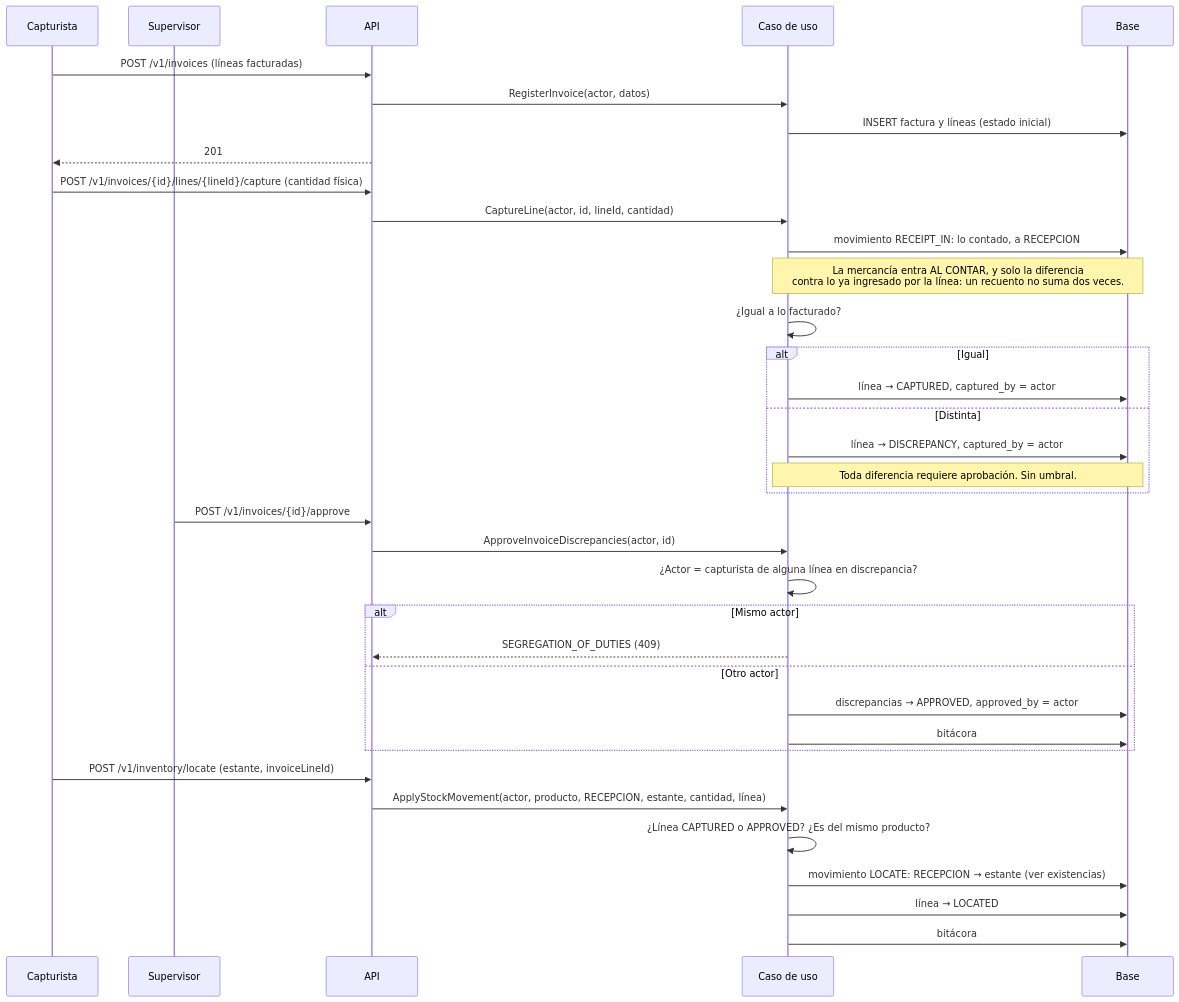
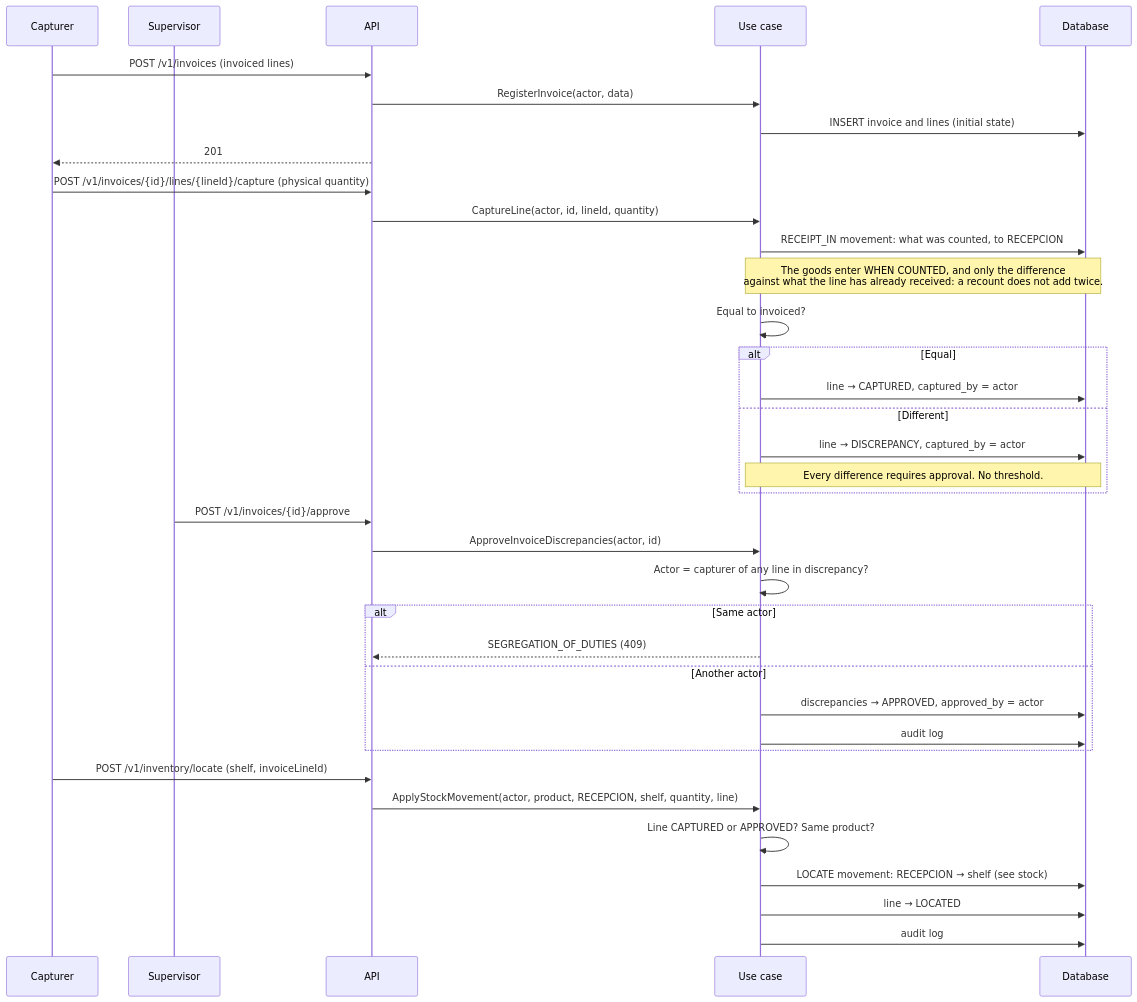
One commit to maag070208/AXZY_STOCK_FLOW changed the second of 2 diagrams in docs/flujos/recepcion.md. Above: the diagram before and after it, drawn with Mermaid. The commit also changed other lines of this file and 89 other files, not shown here.

````diff
--- a/docs/flujos/recepcion.md
+++ b/docs/flujos/recepcion.md
@@ -39,42 +39,42 @@
 ```mermaid
 sequenceDiagram
-    participant C as Capturista
+    participant C as Capturer
     participant S as Supervisor
     participant API
-    participant UC as Caso de uso
-    participant DB as Base
+    participant UC as Use case
+    participant DB as Database
 
-    C->>API: POST /v1/invoices (líneas facturadas)
-    API->>UC: RegisterInvoice(actor, datos)
-    UC->>DB: INSERT factura y líneas (estado inicial)
+    C->>API: POST /v1/invoices (invoiced lines)
+    API->>UC: RegisterInvoice(actor, data)
+    UC->>DB: INSERT invoice and lines (initial state)
     API-->>C: 201
 
-    C->>API: POST /v1/invoices/{id}/lines/{lineId}/capture (cantidad física)
-    API->>UC: CaptureLine(actor, id, lineId, cantidad)
-    UC->>DB: movimiento RECEIPT_IN: lo contado, a RECEPCION
-    Note over UC,DB: La mercancía entra AL CONTAR, y solo la diferencia<br/>contra lo ya ingresado por la línea: un recuento no suma dos veces.
-    UC->>UC: ¿Igual a lo facturado?
-    alt Igual
-        UC->>DB: línea → CAPTURED, captured_by = actor
-    else Distinta
-        UC->>DB: línea → DISCREPANCY, captured_by = actor
-        Note over UC,DB: Toda diferencia requiere aprobación. Sin umbral.
+    C->>API: POST /v1/invoices/{id}/lines/{lineId}/capture (physical quantity)
+    API->>UC: CaptureLine(actor, id, lineId, quantity)
+    UC->>DB: RECEIPT_IN movement: what was counted, to RECEPCION
+    Note over UC,DB: The goods enter WHEN COUNTED, and only the difference<br/>against what the line has already received: a recount does not add twice.
+    UC->>UC: Equal to invoiced?
+    alt Equal
+        UC->>DB: line → CAPTURED, captured_by = actor
+    else Different
+        UC->>DB: line → DISCREPANCY, captured_by = actor
+        Note over UC,DB: Every difference requires approval. No threshold.
     end
 
     S->>API: POST /v1/invoices/{id}/approve
     API->>UC: ApproveInvoiceDiscrepancies(actor, id)
-    UC->>UC: ¿Actor = capturista de alguna línea en discrepancia?
-    alt Mismo actor
+    UC->>UC: Actor = capturer of any line in discrepancy?
+    alt Same actor
         UC-->>API: SEGREGATION_OF_DUTIES (409)
-    else Otro actor
-        UC->>DB: discrepancias → APPROVED, approved_by = actor
-        UC->>DB: bitácora
+    else Another actor
+        UC->>DB: discrepancies → APPROVED, approved_by = actor
+        UC->>DB: audit log
     end
 
-    C->>API: POST /v1/inventory/locate (estante, invoiceLineId)
-    API->>UC: ApplyStockMovement(actor, producto, RECEPCION, estante, cantidad, línea)
-    UC->>UC: ¿Línea CAPTURED o APPROVED? ¿Es del mismo producto?
-    UC->>DB: movimiento LOCATE: RECEPCION → estante (ver existencias)
-    UC->>DB: línea → LOCATED
-    UC->>DB: bitácora
+    C->>API: POST /v1/inventory/locate (shelf, invoiceLineId)
+    API->>UC: ApplyStockMovement(actor, product, RECEPCION, shelf, quantity, line)
+    UC->>UC: Line CAPTURED or APPROVED? Same product?
+    UC->>DB: LOCATE movement: RECEPCION → shelf (see stock)
+    UC->>DB: line → LOCATED
+    UC->>DB: audit log
 ```
````
